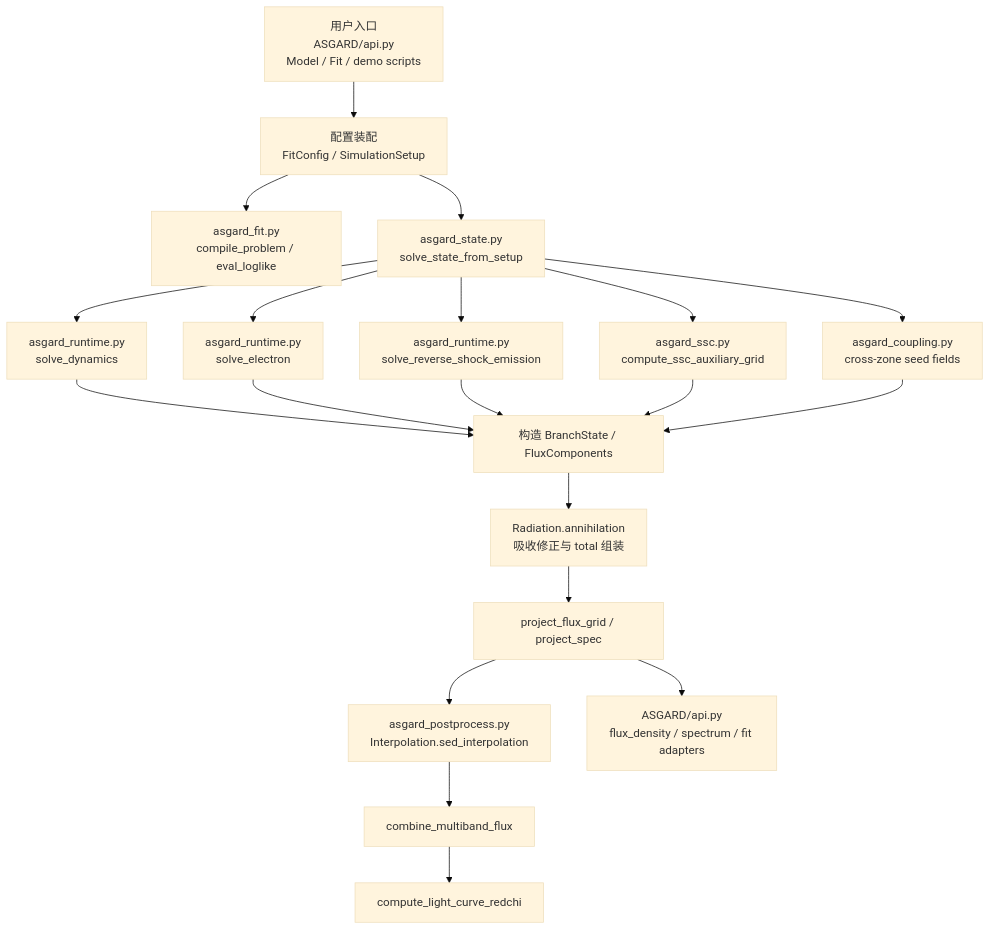
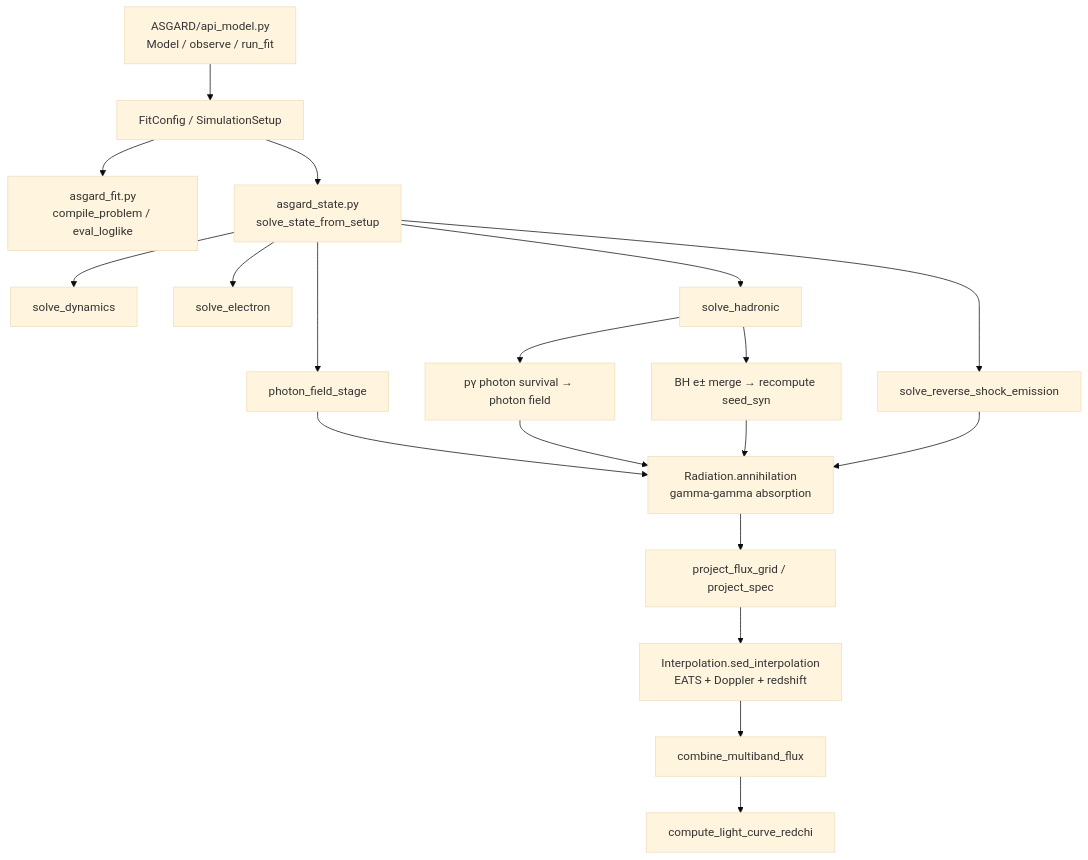
The first of 2 diagrams in doc/call_chain.md (mikuru1096/ASGARD_GRBAfterglow), drawn with Mermaid (base theme) before and after one commit. The commit also changed other lines of this file and 45 other files, not shown here.

````diff
--- a/doc/call_chain.md
+++ b/doc/call_chain.md
@@ -12,26 +5,21 @@
 ```mermaid
 flowchart TD
-    A["用户入口\nASGARD/api.py\nModel / Fit / demo scripts"] --> B["配置装配\nFitConfig / SimulationSetup"]
+    A["ASGARD/api_model.py\nModel / observe / run_fit"] --> B["FitConfig / SimulationSetup"]
     B --> C["asgard_fit.py\ncompile_problem / eval_loglike"]
     B --> D["asgard_state.py\nsolve_state_from_setup"]
-
-    D --> E["asgard_runtime.py\nsolve_dynamics"]
-    D --> F["asgard_runtime.py\nsolve_electron"]
-    D --> G["asgard_runtime.py\nsolve_reverse_shock_emission"]
-    D --> H["asgard_ssc.py\ncompute_ssc_auxiliary_grid"]
-    D --> I["asgard_coupling.py\ncross-zone seed fields"]
-
-    E --> J["构造 BranchState / FluxComponents"]
-    F --> J
-    G --> J
-    H --> J
-    I --> J
-
-    J --> K["Radiation.annihilation\n吸收修正与 total 组装"]
-    K --> L["project_flux_grid / project_spec"]
-    L --> M["asgard_postprocess.py\nInterpolation.sed_interpolation"]
-    M --> N["combine_multiband_flux"]
-    N --> O["compute_light_curve_redchi"]
-
-    L --> P["ASGARD/api.py\nflux_density / spectrum / fit adapters"]
+    D --> E["solve_dynamics"]
+    D --> F["solve_electron"]
+    D --> G["solve_reverse_shock_emission"]
+    D --> H["photon_field_stage"]
+    D --> I["solve_hadronic"]
+    I --> J["BH e± merge → recompute seed_syn"]
+    I --> K["pγ photon survival → photon field"]
+    H --> L["Radiation.annihilation\ngamma-gamma absorption"]
+    K --> L
+    J --> L
+    G --> L
+    L --> M["project_flux_grid / project_spec"]
+    M --> N["Interpolation.sed_interpolation\nEATS + Doppler + redshift"]
+    N --> O["combine_multiband_flux"]
+    O --> P["compute_light_curve_redchi"]
 ```
````
